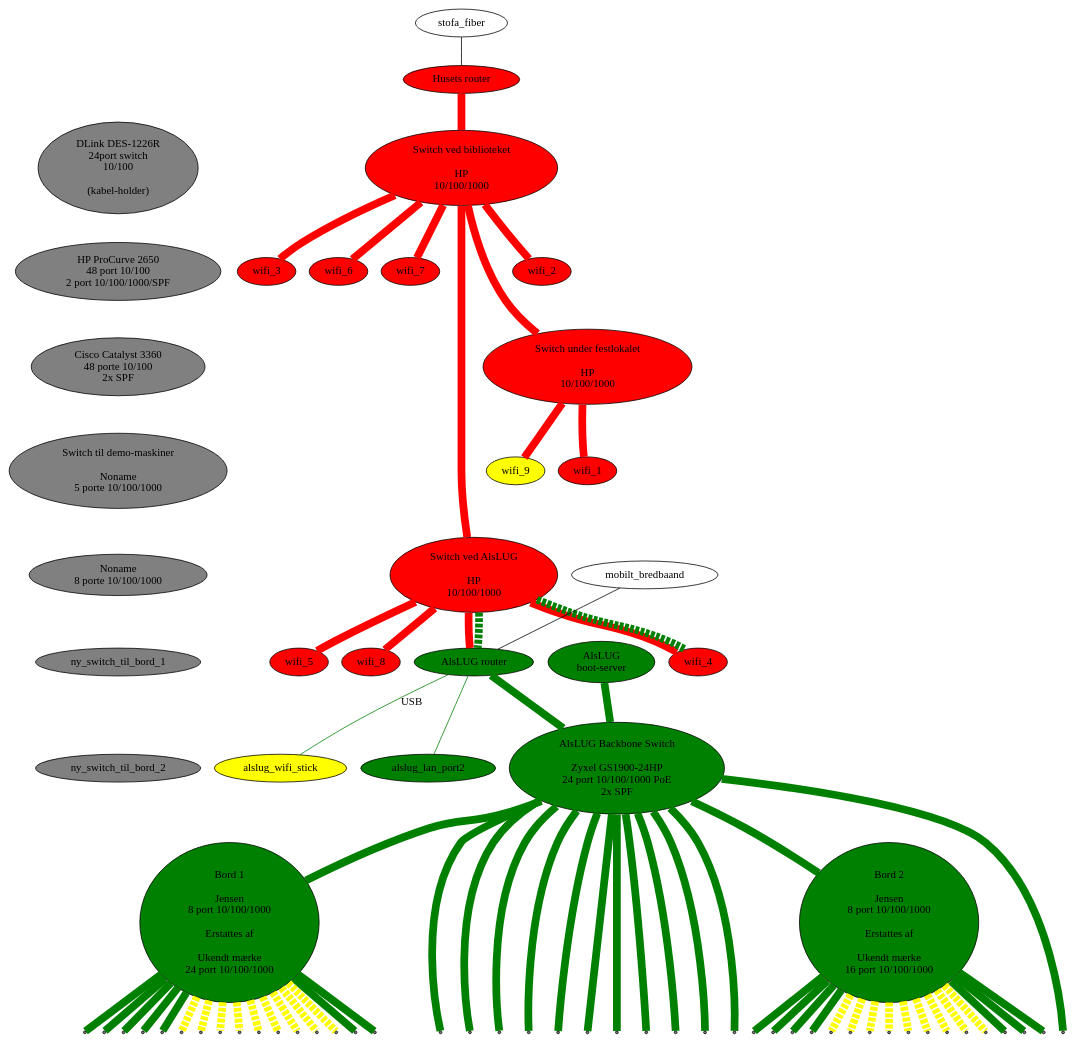
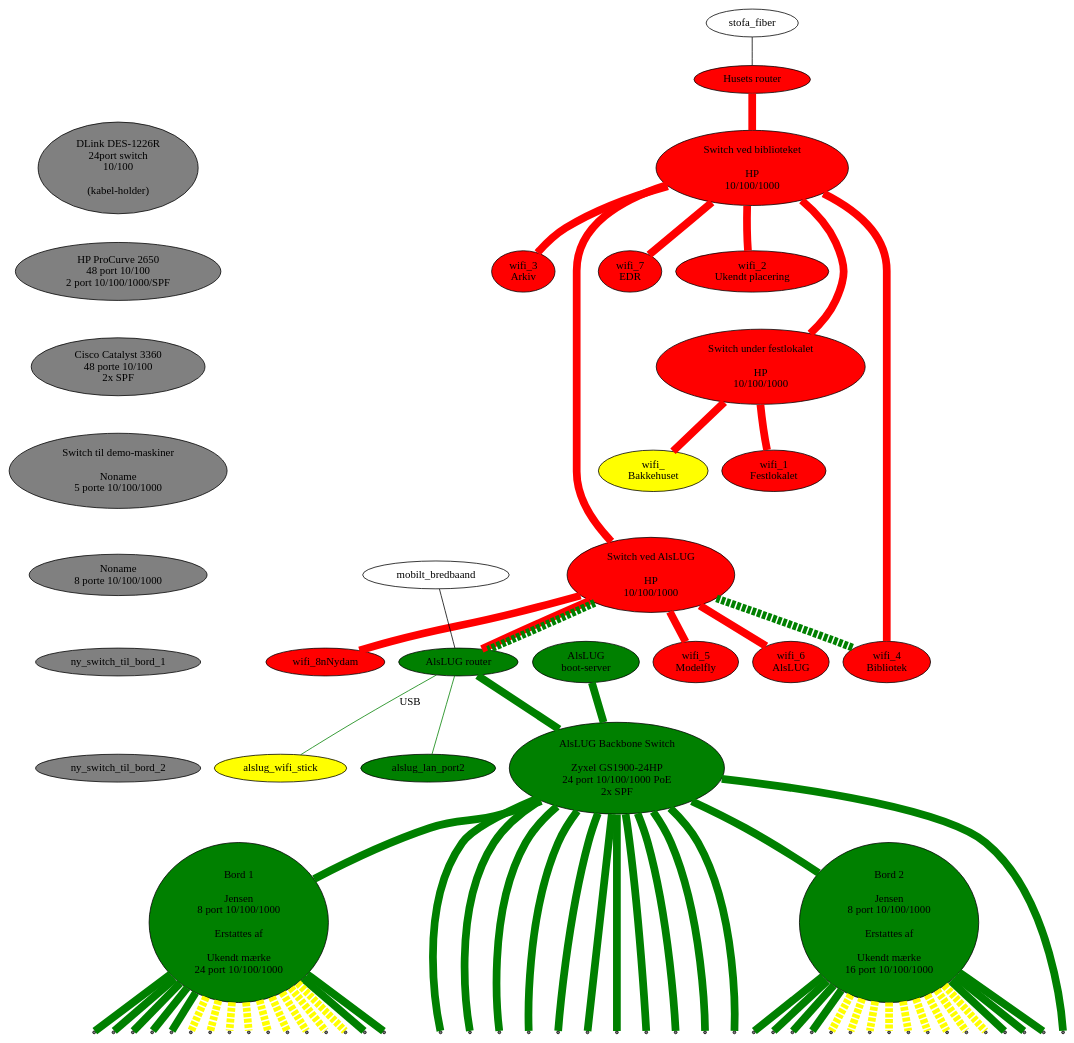
Before and after one commit to alslug/alslug.dk: the diagram in projekter/network.dot, drawn with Graphviz.

```diff
--- a/projekter/network.dot
+++ b/projekter/network.dot
@@ -1,90 +1,97 @@
 digraph xxx {
 #  link_12a [ shape=point ];
 #  link_12b [ shape=point ];
 #  link_12c [ shape=point ];
   edge [ dir=none penwidth=10 ];
 
   node [ style=filled fillcolor=red ];
   husets_router [ label="Husets router" ];
   husets_switch_1 [ label="Switch ved biblioteket\n\nHP\n10/100/1000" ];
   husets_switch_2 [ label="Switch ved AlsLUG\n\nHP\n10/100/1000" ];
   festlokale_switch [ label="Switch under festlokalet\n\nHP\n10/100/1000" ];
-  wifi_1 wifi_2 wifi_3 wifi_4 wifi_5 wifi_6 wifi_7 wifi_8;
-  wifi_9 [ fillcolor=yellow ];
+  wifi_1 [ label="wifi_1\nFestlokalet" ];
+  wifi_2 [ label="wifi_2\nUkendt placering" ];
+  wifi_3 [ label="wifi_3\nArkiv"];
+  wifi_4 [ label="wifi_4\nBibliotek" ];
+  wifi_5 [ label="wifi_5\nModelfly" ];
+  wifi_6 [ label="wifi_6\nAlsLUG" ];
+  wifi_7 [ label="wifi_7\nEDR" ];
+  wifi_8 [ label="wifi_\8nNydam" ];
+  wifi_9 [ label="wifi_\nBakkehuset" fillcolor=yellow ];
   
   node [ style=filled fillcolor=green ];
   alslug_router [ label="AlsLUG router" ];
   alslug_gl_bootserver [ label="AlsLUG\nboot-server" ];
   alslug_backbone_switch [ label="AlsLUG Backbone Switch\n\nZyxel GS1900-24HP\n24 port 10/100/1000 PoE\n2x SPF"];
   bord_1 [ label="Bord 1\n\nJensen\n8 port 10/100/1000\n\n Erstattes af\n\nUkendt mærke\n24 port 10/100/1000"];
   bord_2 [ label="Bord 2\n\nJensen\n8 port 10/100/1000\n\n Erstattes af\n\nUkendt mærke\n16 port 10/100/1000"];
   alslug_wifi_stick alslug_lan_port2;
   
   // Udstyr som pt ikke bruges
   node [ style=filled fillcolor=gray ];
   switch_24p      [ label="DLink DES-1226R\n24port switch\n10/100\n\n(kabel-holder)"];
   switch_48p      [ label="HP ProCurve 2650\n48 port 10/100\n2 port 10/100/1000/SPF"];
   switch_48p_poe  [ label="Cisco Catalyst 3360\n48 porte 10/100\n2x SPF"];
   switch_5p       [ label="Switch til demo-maskiner\n\nNoname\n5 porte 10/100/1000" ];
   switch_8p       [ label="Noname\n8 porte 10/100/1000"];
   
   switch_24p -> switch_48p -> switch_48p_poe -> switch_5p -> switch_8p -> ny_switch_til_bord_1 -> ny_switch_til_bord_2 -> bord_1 [ color=invis ];
   
   
   node [ style=normal ];
   // Internet forbindelser
   stofa_fiber      -> husets_router [ penwidth=1 fillcolor=black style=filled ];
   mobilt_bredbaand -> alslug_router [ penwidth=1 fillcolor=black style=filled ];
   
   // Husets forbindelser
   edge  [ color=red style=solid ];
-  husets_switch_1 -> festlokale_switch -> { wifi_1 wifi_9 };
-  husets_router -> husets_switch_1 -> { wifi_2 wifi_3 wifi_6 wifi_7 };
-  husets_switch_1 -> husets_switch_2 -> { wifi_4 wifi_5 wifi_8 alslug_router};
+  husets_switch_1 -> festlokale_switch -> {             wifi_1                                                  wifi_9 };
+  husets_router -> husets_switch_1 -> {                        wifi_2 wifi_3 wifi_4               wifi_7               };
+  husets_switch_1 -> husets_switch_2 -> { alslug_router                             wifi_5 wifi_6        wifi_8        };
 
   // VLAN forbindelser over bakkensbros netværk
   edge  [ color=green style=dashed ];
   husets_switch_2 -> { alslug_router wifi_4 };
 
   alslug_wifi_stick [ fillcolor=yellow style=filled ];
 
   // Interne forbindelser
   edge [ color=green style=solid ];
   node [ shape=point ];
   
   {alslug_router alslug_gl_bootserver} -> alslug_backbone_switch -> { bord_1 bord_2 
                   vindue_left_12  vindue_left_11  vindue_left_10  vindue_left_9
                   vindue_center_8 vindue_center_7 vindue_center_6 vindue_center_5
                   vindue_right_4  vindue_right_3  vindue_right_2  vindue_right_1
                   }
 
   alslug_router -> alslug_wifi_stick [ penwidth=1 label="USB" ];
   alslug_router -> alslug_lan_port2 [ penwidth=1 ];
   
   bord_1 -> {
                   bord_1_1 bord_1_2 bord_1_3 bord_1_4 bord_1_5 bord_1_6 bord_1_7
                 };
   bord_1 -> {
                   bord_1_8 bord_1_9 bord_1_10 bord_1_11 bord_1_12 bord_1_13 bord_1_14 bord_1_15 bord_1_16
                 } [ style=dashed color=yellow ];
   bord_2 -> {
                   bord_2_1 bord_2_2 bord_2_3 bord_2_4 bord_2_5 bord_2_6 bord_2_7
                 };
   bord_2 -> {
                   bord_2_8 bord_2_9 bord_2_10 bord_2_11 bord_2_12 bord_2_13 bord_2_14 bord_2_15 bord_2_16
                 } [ style=dashed color=yellow ];
                 
   edge [ color=invis ];
   husets_switch_1 -> wifi_2 -> festlokale_switch -> wifi_1 -> husets_switch_2;
 
   subgraph {
     rank = same;
                   vindue_left_12;   vindue_left_11;   vindue_left_10;   vindue_left_9;
                   vindue_center_8;  vindue_center_7;  vindue_center_6;  vindue_center_5;
                   vindue_right_4;   vindue_right_3;   vindue_right_2;   vindue_right_1;
                   bord_1_1;   bord_1_2;   bord_1_3;   bord_1_4;   bord_1_5;   bord_1_6;   bord_1_7;   bord_1_8;
                   bord_1_9;   bord_1_10;  bord_1_11;  bord_1_12;  bord_1_13;  bord_1_14;  bord_1_15;  bord_1_16;
                   bord_2_1;   bord_2_2;   bord_2_3;   bord_2_4;   bord_2_5;   bord_2_6;   bord_2_7;   bord_2_8;
                   bord_2_9;   bord_2_10;  bord_2_11;  bord_2_12;  bord_2_13;  bord_2_14;  bord_2_15;  bord_2_16;
   }
 }
```
